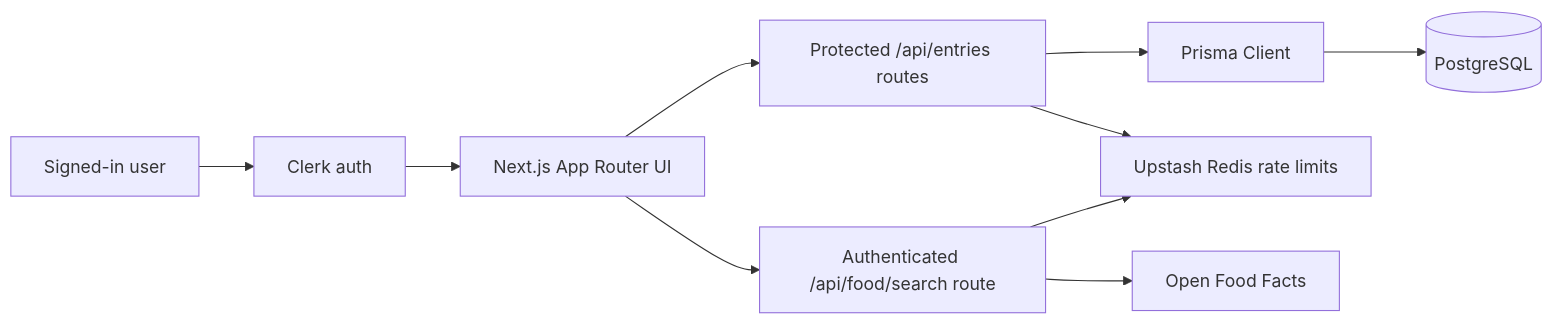
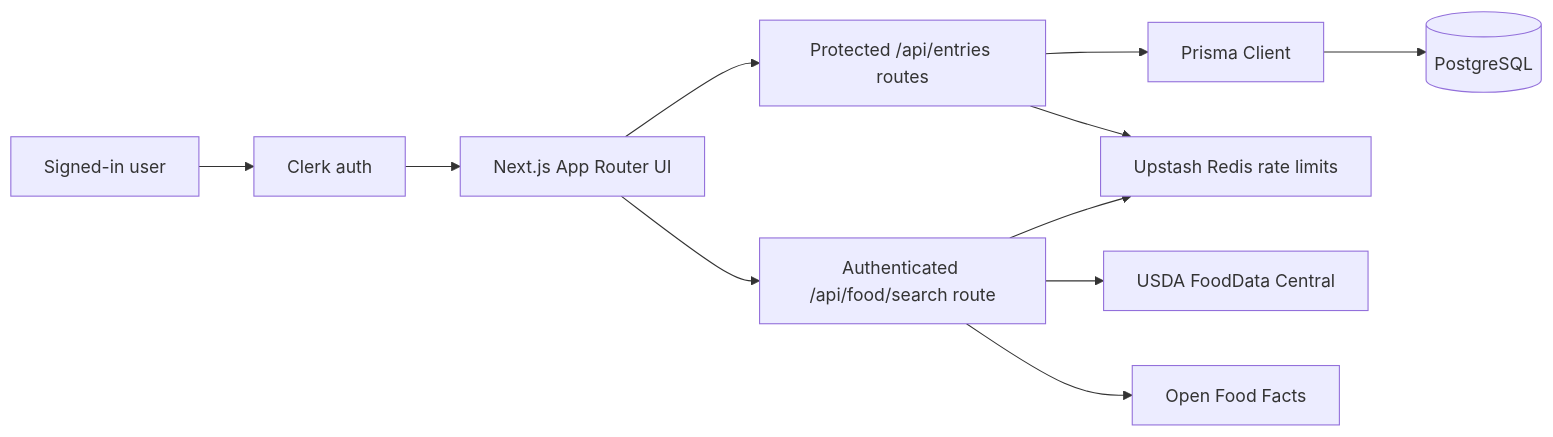
One commit to HimendraFdo/personal-analytics-dashboard changed the diagram in README.md. Above: the diagram before and after it, drawn with Mermaid. The commit also changed other lines of this file and 1 other file, not shown here.

Commit message:
docs(food): document USDA FoodData Central key and Open Food Facts country config

````diff
--- a/README.md
+++ b/README.md
@@ -56,22 +56,24 @@
 ```mermaid
 flowchart LR
   User["Signed-in user"]
   Clerk["Clerk auth"]
   UI["Next.js App Router UI"]
   API["Protected /api/entries routes"]
   FoodAPI["Authenticated /api/food/search route"]
   Prisma["Prisma Client"]
   DB[(PostgreSQL)]
   Redis["Upstash Redis rate limits"]
+  USDA["USDA FoodData Central"]
   OFF["Open Food Facts"]
 
   User --> Clerk
   Clerk --> UI
   UI --> API
   UI --> FoodAPI
   API --> Prisma
   Prisma --> DB
   API --> Redis
   FoodAPI --> Redis
+  FoodAPI --> USDA
   FoodAPI --> OFF
 ```
````
